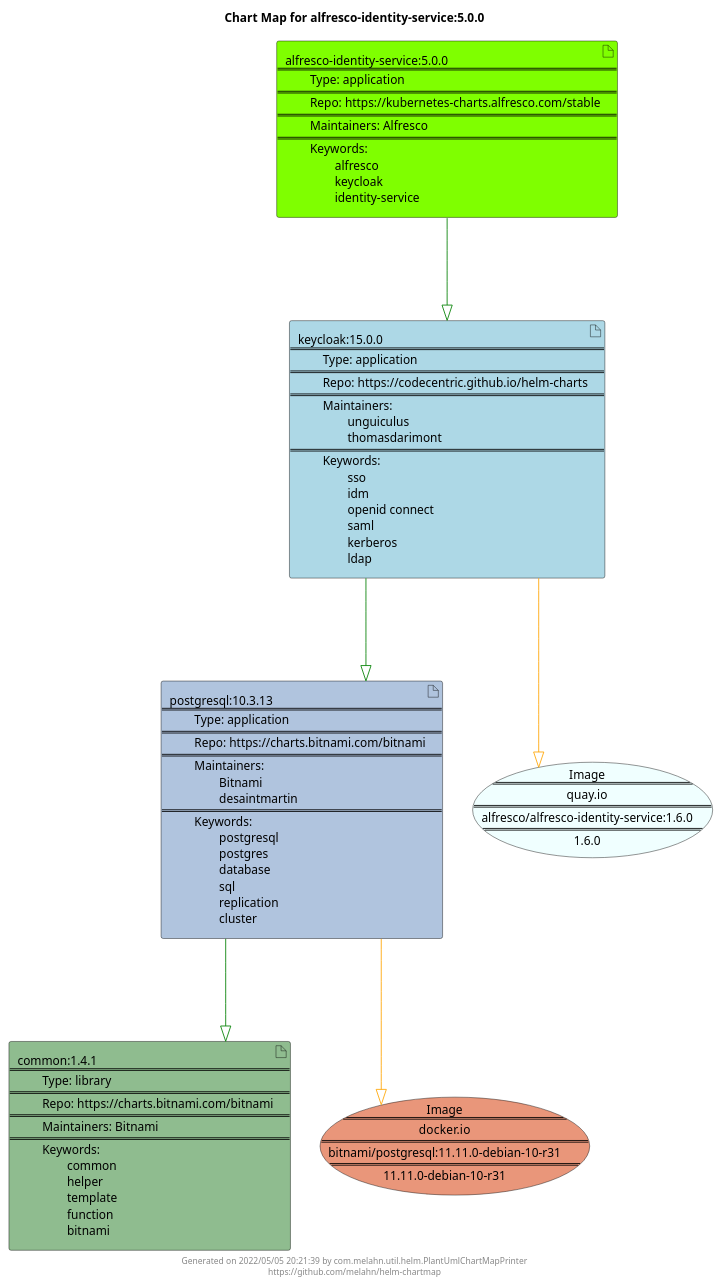
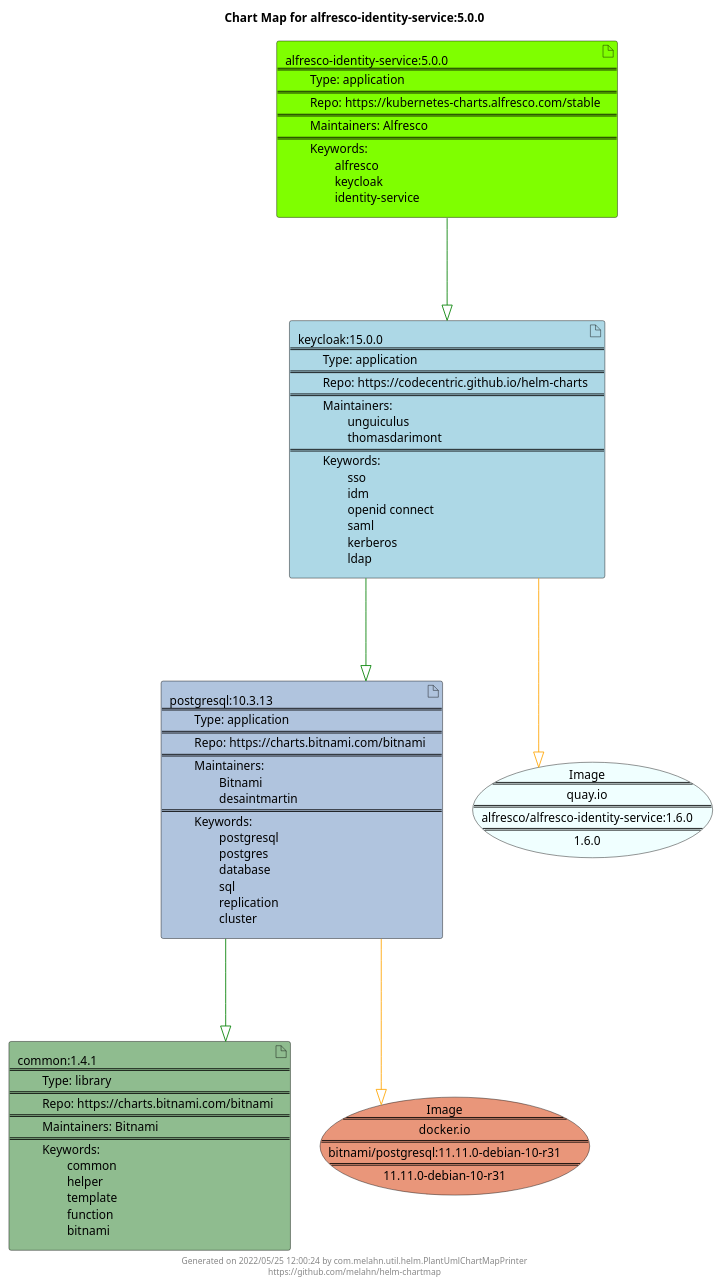
Before and after one commit to melahn/helm-chartmap: the diagram in docs/alfresco-identity-service/alfresco-identity-service-5.0.0.puml, drawn with PlantUML. The commit also changed 60 other files, not shown here.

```diff
--- a/docs/alfresco-identity-service/alfresco-identity-service-5.0.0.puml
+++ b/docs/alfresco-identity-service/alfresco-identity-service-5.0.0.puml
@@ -1,29 +1,29 @@
 @startuml
 skinparam linetype ortho
 skinparam backgroundColor white
 skinparam usecaseBorderColor black
 skinparam usecaseArrowColor LightSlateGray
 skinparam artifactBorderColor black
 skinparam artifactArrowColor LightSlateGray
 
 title Chart Map for alfresco-identity-service:5.0.0
 
 'There are 4 referenced Helm Charts
 artifact "common:1.4.1\n====\n\tType: library\n====\n\tRepo: https://charts.bitnami.com/bitnami\n====\n\tMaintainers: Bitnami\n====\n\tKeywords: \n\t\tcommon\n\t\thelper\n\t\ttemplate\n\t\tfunction\n\t\tbitnami" as common_1_4_1 #DarkSeaGreen
 artifact "alfresco-identity-service:5.0.0\n====\n\tType: application\n====\n\tRepo: https://kubernetes-charts.alfresco.com/stable\n====\n\tMaintainers: Alfresco\n====\n\tKeywords: \n\t\talfresco\n\t\tkeycloak\n\t\tidentity-service" as alfresco_identity_service_5_0_0 #Chartreuse
 artifact "postgresql:10.3.13\n====\n\tType: application\n====\n\tRepo: https://charts.bitnami.com/bitnami\n====\n\tMaintainers: \n\t\tBitnami\n\t\tdesaintmartin\n====\n\tKeywords: \n\t\tpostgresql\n\t\tpostgres\n\t\tdatabase\n\t\tsql\n\t\treplication\n\t\tcluster" as postgresql_10_3_13 #LightSteelBlue
 artifact "keycloak:15.0.0\n====\n\tType: application\n====\n\tRepo: https://codecentric.github.io/helm-charts\n====\n\tMaintainers: \n\t\tunguiculus\n\t\tthomasdarimont\n====\n\tKeywords: \n\t\tsso\n\t\tidm\n\t\topenid connect\n\t\tsaml\n\t\tkerberos\n\t\tldap" as keycloak_15_0_0 #LightBlue
 
 'There are 2 referenced Docker Images
 usecase "Image\n====\nquay.io\n====\nalfresco/alfresco-identity-service:1.6.0\n====\n1.6.0" as quay_io_alfresco_alfresco_identity_service_1_6_0 #Azure
 usecase "Image\n====\ndocker.io\n====\nbitnami/postgresql:11.11.0-debian-10-r31\n====\n11.11.0-debian-10-r31" as docker_io_bitnami_postgresql_11_11_0_debian_10_r31 #DarkSalmon
 
 'Chart Dependencies
 alfresco_identity_service_5_0_0--[#green]-|>keycloak_15_0_0
 keycloak_15_0_0--[#green]-|>postgresql_10_3_13
 postgresql_10_3_13--[#green]-|>common_1_4_1
 postgresql_10_3_13--[#orange]-|>docker_io_bitnami_postgresql_11_11_0_debian_10_r31
 keycloak_15_0_0--[#orange]-|>quay_io_alfresco_alfresco_identity_service_1_6_0
 
-center footer Generated on 2022/05/05 20:21:39 by com.melahn.util.helm.PlantUmlChartMapPrinter\nhttps://github.com/melahn/helm-chartmap
+center footer Generated on 2022/05/25 12:00:24 by com.melahn.util.helm.PlantUmlChartMapPrinter\nhttps://github.com/melahn/helm-chartmap
 @enduml
```
